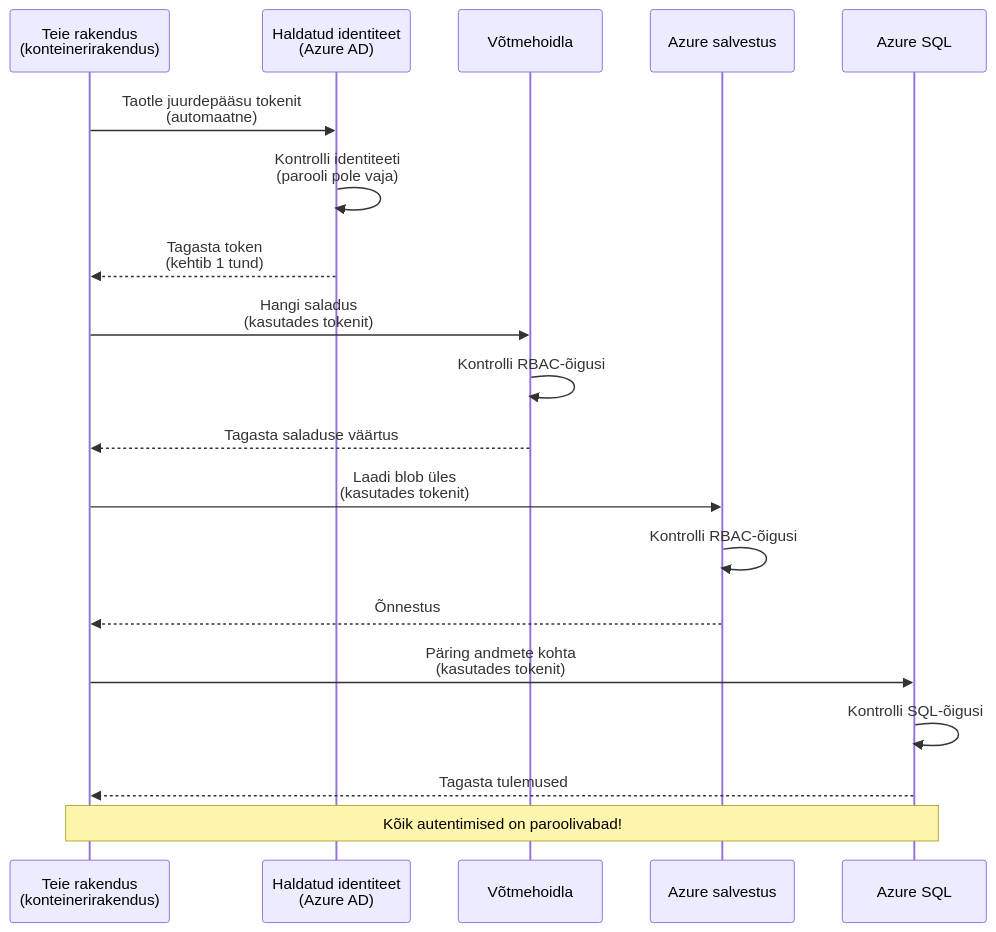
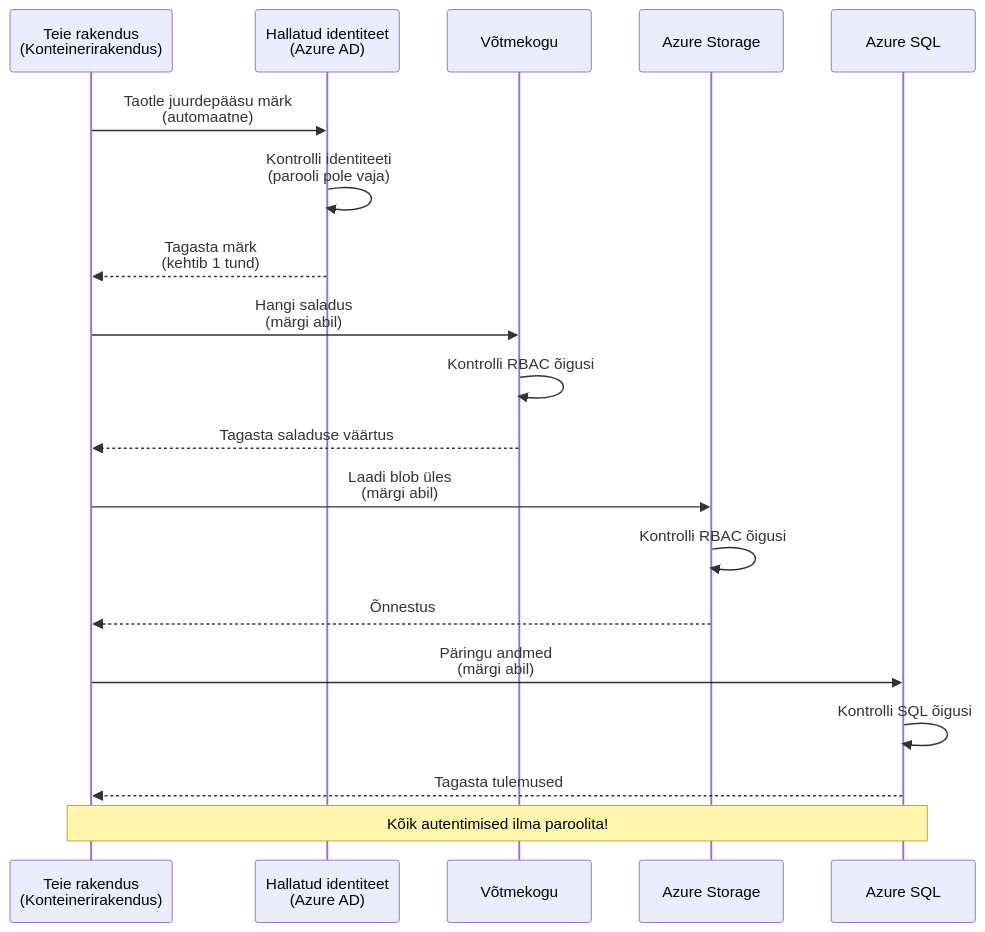
One commit to microsoft/AZD-for-beginners changed the first of 2 diagrams in translations/et/docs/chapter-03-configuration/authsecurity.md. Above: the diagram before and after it, drawn with Mermaid. The commit also changed other lines of this file and 101 other files, not shown here.

````diff
--- a/translations/et/docs/chapter-03-configuration/authsecurity.md
+++ b/translations/et/docs/chapter-03-configuration/authsecurity.md
@@ -69,26 +69,26 @@
 ```mermaid
 sequenceDiagram
-    participant App as Teie rakendus<br/>(konteinerirakendus)
-    participant MI as Haldatud identiteet<br/>(Azure AD)
-    participant KV as Võtmehoidla
-    participant Storage as Azure salvestus
+    participant App as Teie rakendus<br/>(Konteinerirakendus)
+    participant MI as Hallatud identiteet<br/>(Azure AD)
+    participant KV as Võtmekogu
+    participant Storage as Azure Storage
     participant DB as Azure SQL
     
-    App->>MI: Taotle juurdepääsu tokenit<br/>(automaatne)
+    App->>MI: Taotle juurdepääsu märk<br/>(automaatne)
     MI->>MI: Kontrolli identiteeti<br/>(parooli pole vaja)
-    MI-->>App: Tagasta token<br/>(kehtib 1 tund)
+    MI-->>App: Tagasta märk<br/>(kehtib 1 tund)
     
-    App->>KV: Hangi saladus<br/>(kasutades tokenit)
-    KV->>KV: Kontrolli RBAC-õigusi
+    App->>KV: Hangi saladus<br/>(märgi abil)
+    KV->>KV: Kontrolli RBAC õigusi
     KV-->>App: Tagasta saladuse väärtus
     
-    App->>Storage: Laadi blob üles<br/>(kasutades tokenit)
-    Storage->>Storage: Kontrolli RBAC-õigusi
+    App->>Storage: Laadi blob üles<br/>(märgi abil)
+    Storage->>Storage: Kontrolli RBAC õigusi
     Storage-->>App: Õnnestus
     
-    App->>DB: Päring andmete kohta<br/>(kasutades tokenit)
-    DB->>DB: Kontrolli SQL-õigusi
+    App->>DB: Päringu andmed<br/>(märgi abil)
+    DB->>DB: Kontrolli SQL õigusi
     DB-->>App: Tagasta tulemused
     
-    Note over App,DB: Kõik autentimised on paroolivabad!
+    Note over App,DB: Kõik autentimised ilma paroolita!
 ```
````
